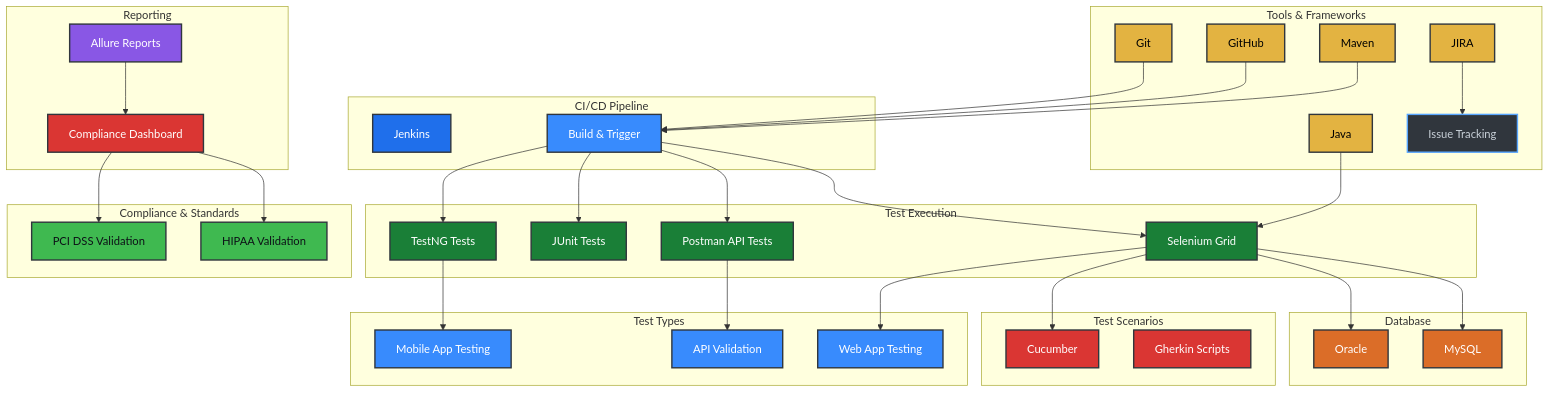
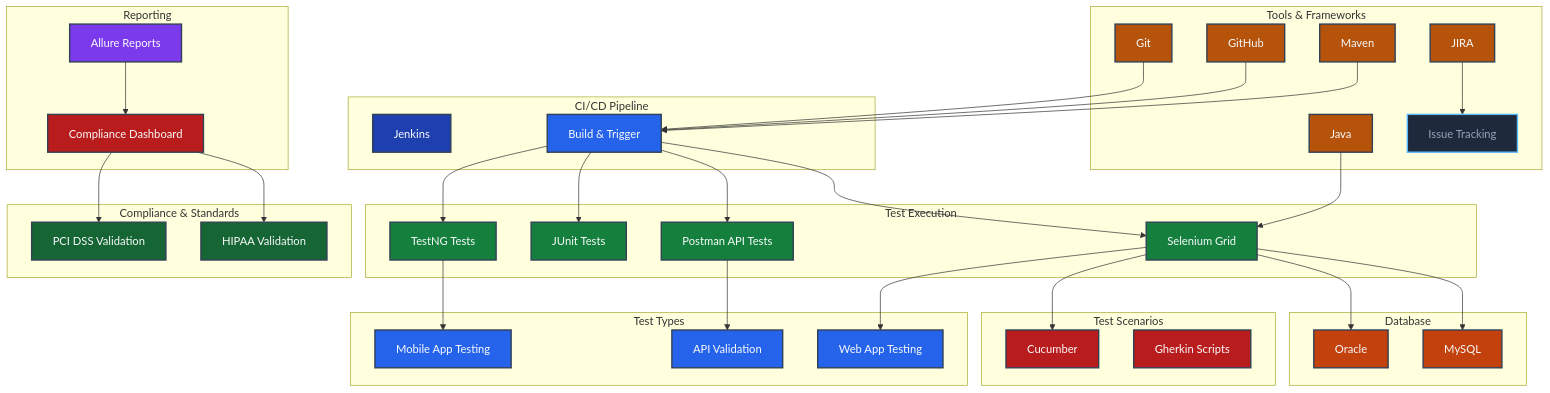
The first of 2 diagrams in README.md (moqaddasQA/moqaddasQA), drawn with Mermaid before and after one commit. The commit also changed other lines of this file, not shown here.

````diff
--- a/README.md
+++ b/README.md
@@ -145,78 +145,78 @@
 ```mermaid
 graph TD
-  style A fill:#1f6feb,stroke:#30363d,stroke-width:2px,color:#fff
-  style B fill:#388bfd,stroke:#30363d,stroke-width:2px,color:#fff
-  style C fill:#1a7f37,stroke:#30363d,stroke-width:2px,color:#fff
-  style D fill:#1a7f37,stroke:#30363d,stroke-width:2px,color:#fff
-  style E fill:#1a7f37,stroke:#30363d,stroke-width:2px,color:#fff
-  style F fill:#1a7f37,stroke:#30363d,stroke-width:2px,color:#fff
-  style G fill:#8957e5,stroke:#30363d,stroke-width:2px,color:#fff
-  style H fill:#da3633,stroke:#30363d,stroke-width:2px,color:#fff
-  style I fill:#db6d28,stroke:#30363d,stroke-width:2px,color:#fff
-  style J fill:#db6d28,stroke:#30363d,stroke-width:2px,color:#fff
-  style K fill:#e3b341,stroke:#30363d,stroke-width:2px,color:#000
-  style L fill:#e3b341,stroke:#30363d,stroke-width:2px,color:#000
-  style M fill:#e3b341,stroke:#30363d,stroke-width:2px,color:#000
-  style N fill:#e3b341,stroke:#30363d,stroke-width:2px,color:#000
-  style O fill:#e3b341,stroke:#30363d,stroke-width:2px,color:#000
-  style P fill:#30363d,stroke:#58a6ff,stroke-width:2px,color:#c9d1d9
-  style Q fill:#3fb950,stroke:#30363d,stroke-width:2px,color:#0d1117
-  style R fill:#3fb950,stroke:#30363d,stroke-width:2px,color:#0d1117
-  style S fill:#da3633,stroke:#30363d,stroke-width:2px,color:#fff
-  style T fill:#da3633,stroke:#30363d,stroke-width:2px,color:#fff
-  style U fill:#388bfd,stroke:#30363d,stroke-width:2px,color:#fff
-  style V fill:#388bfd,stroke:#30363d,stroke-width:2px,color:#fff
-  style W fill:#388bfd,stroke:#30363d,stroke-width:2px,color:#fff
+  style A fill:#1e40af,stroke:#334155,stroke-width:2px,color:#f8fafc
+  style B fill:#2563eb,stroke:#334155,stroke-width:2px,color:#f8fafc
+  style C fill:#15803d,stroke:#334155,stroke-width:2px,color:#f8fafc
+  style D fill:#15803d,stroke:#334155,stroke-width:2px,color:#f8fafc
+  style E fill:#15803d,stroke:#334155,stroke-width:2px,color:#f8fafc
+  style F fill:#15803d,stroke:#334155,stroke-width:2px,color:#f8fafc
+  style G fill:#7c3aed,stroke:#334155,stroke-width:2px,color:#f8fafc
+  style H fill:#b91c1c,stroke:#334155,stroke-width:2px,color:#f8fafc
+  style I fill:#c2410c,stroke:#334155,stroke-width:2px,color:#f8fafc
+  style J fill:#c2410c,stroke:#334155,stroke-width:2px,color:#f8fafc
+  style K fill:#b45309,stroke:#334155,stroke-width:2px,color:#f8fafc
+  style L fill:#b45309,stroke:#334155,stroke-width:2px,color:#f8fafc
+  style M fill:#b45309,stroke:#334155,stroke-width:2px,color:#f8fafc
+  style N fill:#b45309,stroke:#334155,stroke-width:2px,color:#f8fafc
+  style O fill:#b45309,stroke:#334155,stroke-width:2px,color:#f8fafc
+  style P fill:#1e293b,stroke:#58b9ff,stroke-width:2px,color:#94a3b8
+  style Q fill:#166534,stroke:#334155,stroke-width:2px,color:#f8fafc
+  style R fill:#166534,stroke:#334155,stroke-width:2px,color:#f8fafc
+  style S fill:#b91c1c,stroke:#334155,stroke-width:2px,color:#f8fafc
+  style T fill:#b91c1c,stroke:#334155,stroke-width:2px,color:#f8fafc
+  style U fill:#2563eb,stroke:#334155,stroke-width:2px,color:#f8fafc
+  style V fill:#2563eb,stroke:#334155,stroke-width:2px,color:#f8fafc
+  style W fill:#2563eb,stroke:#334155,stroke-width:2px,color:#f8fafc
 
   subgraph CI/CD Pipeline
     A[Jenkins]
     B[Build & Trigger]
   end
 
   subgraph Test Execution
     B --> C[Selenium Grid]
     B --> D[Postman API Tests]
     B --> E[JUnit Tests]
     B --> F[TestNG Tests]
   end
 
   subgraph Reporting
     G[Allure Reports]
     G --> H[Compliance Dashboard]
   end
 
   subgraph Database
     C --> I[MySQL]
     C --> J[Oracle]
   end
 
   subgraph Tools & Frameworks
     K[Java]
     L[Git]
     M[GitHub]
     N[Maven]
     O[JIRA]
     K --> C
     L --> B
     M --> B
     N --> B
     O --> P[Issue Tracking]
   end
 
   subgraph Compliance & Standards
     H --> Q[HIPAA Validation]
     H --> R[PCI DSS Validation]
   end
 
   subgraph Test Scenarios
     S[Cucumber]
     T[Gherkin Scripts]
     C --> S
   end
 
   subgraph Test Types
     C --> U[Web App Testing]
     D --> V[API Validation]
     F --> W[Mobile App Testing]
   end
 ```
````
